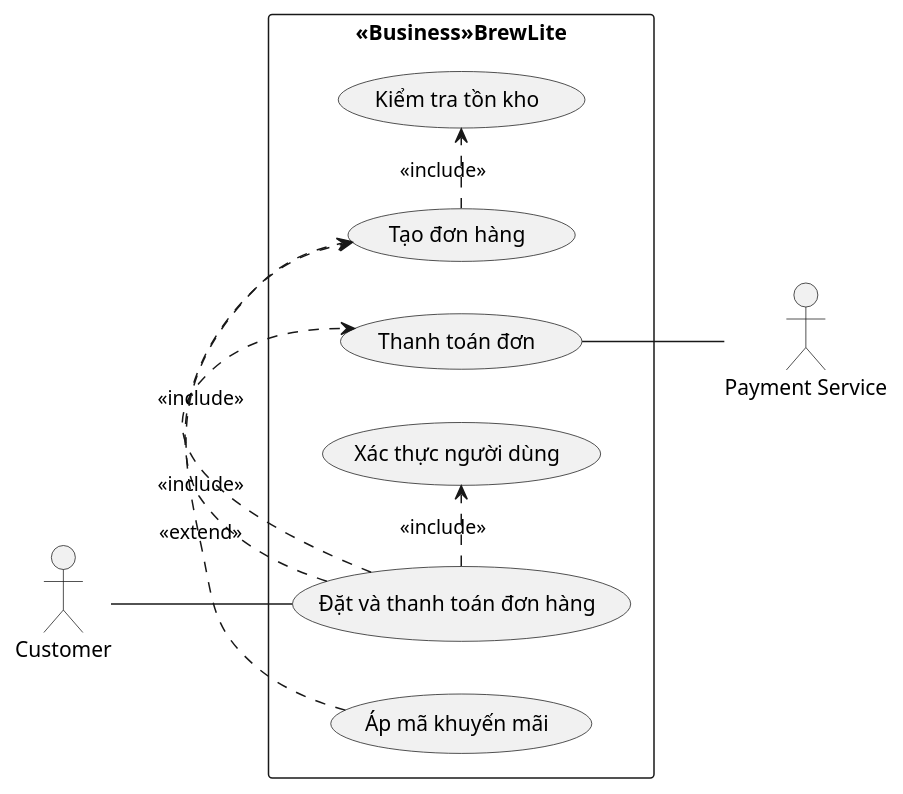
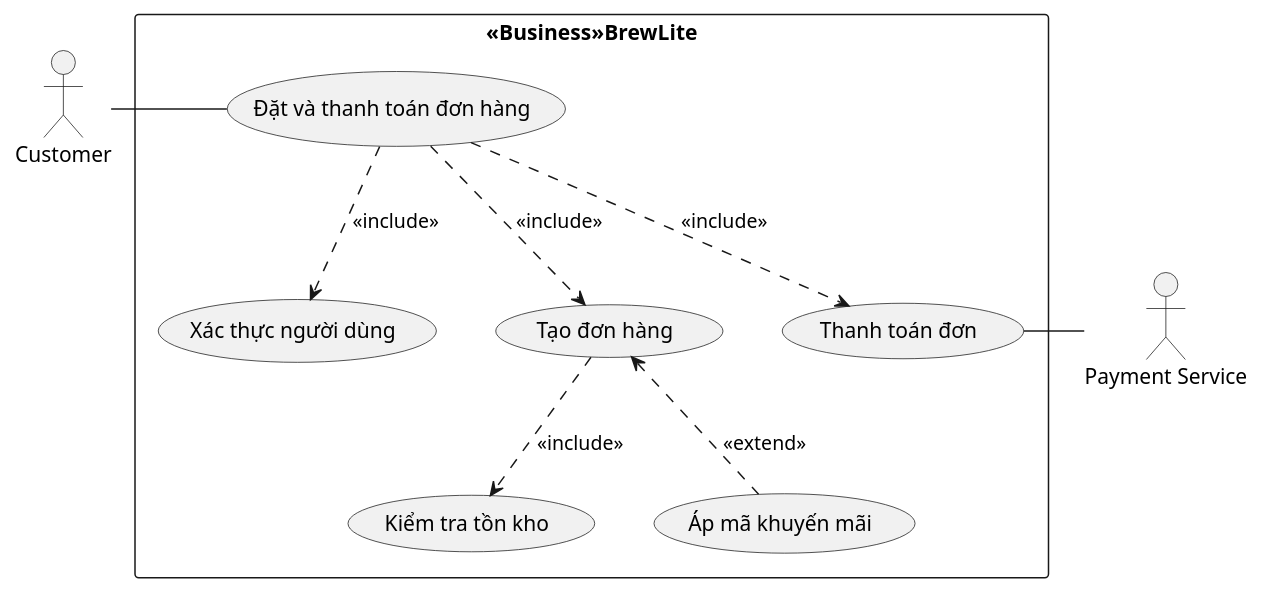
One commit to synguyen267/brewlite-assignment2 changed the diagram in docs/diagrams/usecase-checkout.puml. Above: the diagram before and after it, drawn with PlantUML. The commit also changed 4 other files, not shown here.

```diff
--- a/docs/diagrams/usecase-checkout.puml
+++ b/docs/diagrams/usecase-checkout.puml
@@ -1,25 +1,28 @@
 @startuml usecase-checkout
-left to right direction
+top to bottom direction
 skinparam packageStyle rectangle
+skinparam nodesep 40
+skinparam ranksep 50
 
 actor Customer
 actor "Payment Service" as PS
 
 rectangle "<<Business>>BrewLite" {
   usecase "Đặt và thanh toán đơn hàng" as UC04
+  usecase "Xác thực người dùng" as UCA
   usecase "Tạo đơn hàng" as UCO
   usecase "Thanh toán đơn" as UCP
-  usecase "Xác thực người dùng" as UCA
   usecase "Kiểm tra tồn kho" as UCS
   usecase "Áp mã khuyến mãi" as UCD
 }
 
-Customer -- UC04
-UCP -- PS
-
-UC04 .> UCO : <<include>>
-UC04 .> UCP : <<include>>
-UC04 .> UCA : <<include>>
-UCO .> UCS : <<include>>
-UCD .> UCO : <<extend>>
+Customer -right- UC04
+UC04 .down.> UCA : <<include>>
+UC04 .down.> UCO : <<include>>
+UC04 .down.> UCP : <<include>>
+UCA -[hidden]right- UCO
+UCO -[hidden]right- UCP
+UCO .down.> UCS : <<include>>
+UCD .up.> UCO : <<extend>>
+UCP -right- PS
 @enduml
```
